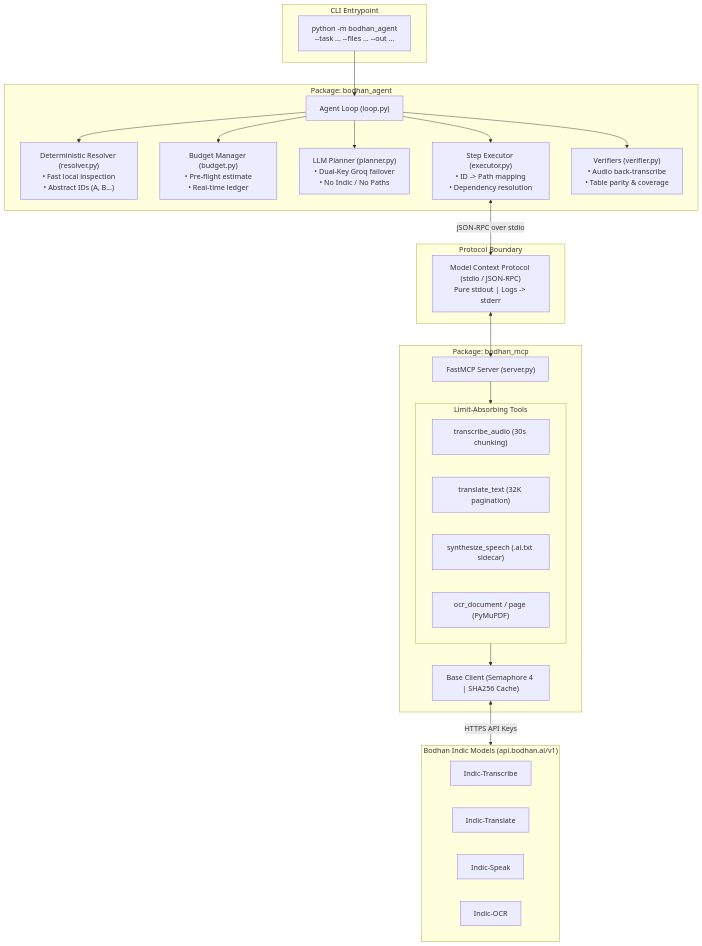
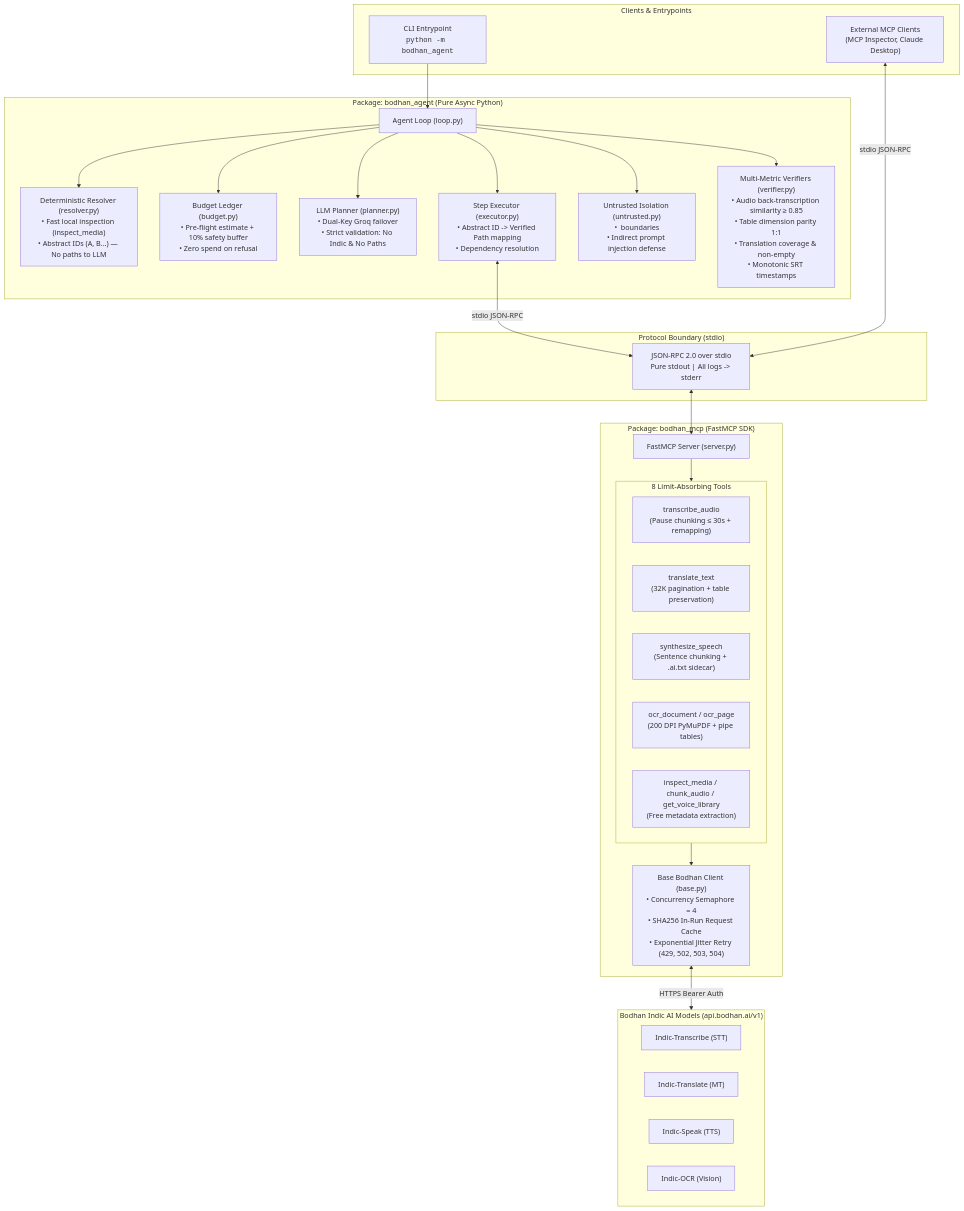
Before and after one commit to Bodhan-AI/Bodhan-AI-Cookbook: the first of 2 diagrams in examples/bodhan_tool_agent/docs/PR_DESCRIPTION.md, drawn with Mermaid. The commit also changed other lines of this file and 1 other file, not shown here.

Commit message:
docs: update PR description with enhanced architecture and tool comparison

````diff
--- a/examples/bodhan_tool_agent/docs/PR_DESCRIPTION.md
+++ b/examples/bodhan_tool_agent/docs/PR_DESCRIPTION.md
@@ -64,50 +71,55 @@
 ```mermaid
 flowchart TD
-    subgraph CLI_RUNNER["CLI Entrypoint"]
-        CLI["python -m bodhan_agent<br/>--task ... --files ... --out ..."]
+    subgraph CLIENT["Clients & Entrypoints"]
+        CLI["CLI Entrypoint<br/><code>python -m bodhan_agent</code>"]
+        INSPECTOR["External MCP Clients<br/>(MCP Inspector, Claude Desktop)"]
     end
 
-    subgraph AGENT_PKG["Package: bodhan_agent"]
+    subgraph AGENT_PKG["Package: bodhan_agent (Pure Async Python)"]
         LOOP["Agent Loop (loop.py)"]
-        RESOLVER["Deterministic Resolver (resolver.py)<br/>• Fast local inspection<br/>• Abstract IDs (A, B...)"]
-        BUDGET["Budget Manager (budget.py)<br/>• Pre-flight estimate<br/>• Real-time ledger"]
-        PLANNER["LLM Planner (planner.py)<br/>• Dual-Key Groq failover<br/>• No Indic / No Paths"]
-        EXECUTOR["Step Executor (executor.py)<br/>• ID -> Path mapping<br/>• Dependency resolution"]
-        VERIFIER["Verifiers (verifier.py)<br/>• Audio back-transcribe<br/>• Table parity & coverage"]
+        RESOLVER["Deterministic Resolver (resolver.py)<br/>• Fast local inspection (inspect_media)<br/>• Abstract IDs (A, B...) — No paths to LLM"]
+        BUDGET["Budget Ledger (budget.py)<br/>• Pre-flight estimate + 10% safety buffer<br/>• Zero spend on refusal"]
+        PLANNER["LLM Planner (planner.py)<br/>• Dual-Key Groq failover<br/>• Strict validation: No Indic & No Paths"]
+        EXECUTOR["Step Executor (executor.py)<br/>• Abstract ID -> Verified Path mapping<br/>• Dependency resolution"]
+        UNTRUSTED["Untrusted Isolation (untrusted.py)<br/>• <UNTRUSTED_CONTENT> boundaries<br/>• Indirect prompt injection defense"]
+        VERIFIER["Multi-Metric Verifiers (verifier.py)<br/>• Audio back-transcription similarity ≥ 0.85<br/>• Table dimension parity 1:1<br/>• Translation coverage & non-empty<br/>• Monotonic SRT timestamps"]
     end
 
-    subgraph PROTOCOL["Protocol Boundary"]
-        MCP_STDIO["Model Context Protocol (stdio / JSON-RPC)<br/>Pure stdout | Logs -> stderr"]
+    subgraph BOUNDARY["Protocol Boundary (stdio)"]
+        STDIO["JSON-RPC 2.0 over stdio<br/>Pure stdout | All logs -> stderr"]
     end
 
-    subgraph SERVER_PKG["Package: bodhan_mcp"]
-        FASTMCP["FastMCP Server (server.py)"]
-        subgraph TOOLS["Limit-Absorbing Tools"]
-            T_STT["transcribe_audio (30s chunking)"]
-            T_MT["translate_text (32K pagination)"]
-            T_TTS["synthesize_speech (.ai.txt sidecar)"]
-            T_OCR["ocr_document / page (PyMuPDF)"]
+    subgraph SERVER_PKG["Package: bodhan_mcp (FastMCP SDK)"]
+        SERVER["FastMCP Server (server.py)"]
+        subgraph TOOLS["8 Limit-Absorbing Tools"]
+            T_STT["transcribe_audio<br/>(Pause chunking ≤ 30s + remapping)"]
+            T_MT["translate_text<br/>(32K pagination + table preservation)"]
+            T_TTS["synthesize_speech<br/>(Sentence chunking + .ai.txt sidecar)"]
+            T_OCR["ocr_document / ocr_page<br/>(200 DPI PyMuPDF + pipe tables)"]
+            T_MEDIA["inspect_media / chunk_audio / get_voice_library<br/>(Free metadata extraction)"]
         end
-        CLIENTS["Base Client (Semaphore 4 | SHA256 Cache)"]
+        CLIENT_CORE["Base Bodhan Client (base.py)<br/>• Concurrency Semaphore = 4<br/>• SHA256 In-Run Request Cache<br/>• Exponential Jitter Retry (429, 502, 503, 504)"]
     end
 
-    subgraph UPSTREAM["Bodhan Indic Models (api.bodhan.ai/v1)"]
-        M_STT["Indic-Transcribe"]
-        M_MT["Indic-Translate"]
-        M_TTS["Indic-Speak"]
-        M_OCR["Indic-OCR"]
+    subgraph UPSTREAM["Bodhan Indic AI Models (api.bodhan.ai/v1)"]
+        M1["Indic-Transcribe (STT)"]
+        M2["Indic-Translate (MT)"]
+        M3["Indic-Speak (TTS)"]
+        M4["Indic-OCR (Vision)"]
     end
 
     CLI --> LOOP
     LOOP --> RESOLVER
     LOOP --> BUDGET
     LOOP --> PLANNER
     LOOP --> EXECUTOR
+    LOOP --> UNTRUSTED
     LOOP --> VERIFIER
 
-    EXECUTOR <-->|JSON-RPC over stdio| MCP_STDIO
-    MCP_STDIO <--> FASTMCP
-    FASTMCP --> TOOLS
-    TOOLS --> CLIENTS
-    CLIENTS <-->|HTTPS API Keys| UPSTREAM
+    EXECUTOR <-->|stdio JSON-RPC| STDIO
+    INSPECTOR <-->|stdio JSON-RPC| STDIO
+    STDIO <--> SERVER
+    SERVER --> TOOLS
+    TOOLS --> CLIENT_CORE
+    CLIENT_CORE <-->|HTTPS Bearer Auth| UPSTREAM
 ```
````
